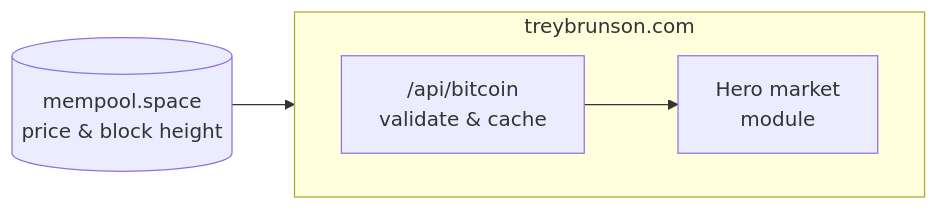
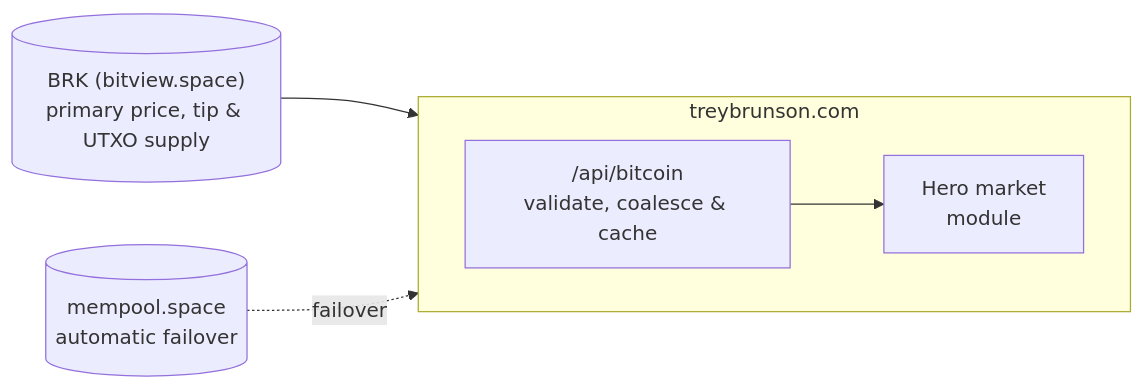
One commit to SecretSatoshis/Trey-Brunson-Website changed the diagram in README.md. Above: the diagram before and after it, drawn with Mermaid. The commit also changed other lines of this file and 17 other files, not shown here.

First line of the commit message:
Fix mobile CTAs and funnel, switch to BRK primary, upgrade Next.js 16.4.6, and harden security

````diff
--- a/README.md
+++ b/README.md
@@ -13,11 +15,13 @@
 ```mermaid
 flowchart LR
-    M[("mempool.space<br/>price & block height")]
+    B[("BRK (bitview.space)<br/>primary price, tip &amp; UTXO supply")]
+    M[("mempool.space<br/>automatic failover")]
 
     subgraph Site["treybrunson.com"]
         direction LR
-        A["/api/bitcoin<br/>validate & cache"] --> H["Hero market<br/>module"]
+        A["/api/bitcoin<br/>validate, coalesce &amp; cache"] --> H["Hero market<br/>module"]
     end
 
-    M --> A
+    B --> A
+    M -. failover .-> A
 ```
````
